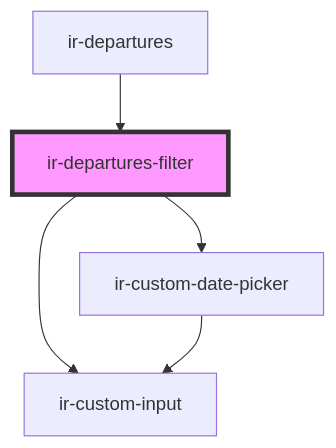
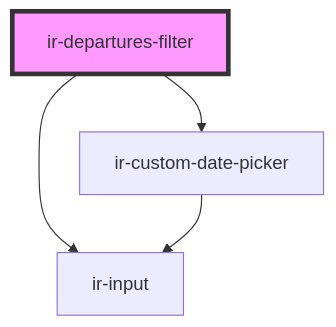
The diagram in src/components/ir-departures/ir-departures-filter/readme.md (David1Chowaifaty/modified-ir-webcmp), drawn with Mermaid before and after one commit. The commit also changed other lines of this file and 38 other files, not shown here.

````diff
--- a/src/components/ir-departures/ir-departures-filter/readme.md
+++ b/src/components/ir-departures/ir-departures-filter/readme.md
@@ -20,8 +16,7 @@
 ```mermaid
 graph TD;
   ir-departures-filter --> ir-custom-date-picker
-  ir-departures-filter --> ir-custom-input
-  ir-custom-date-picker --> ir-custom-input
-  ir-departures --> ir-departures-filter
+  ir-departures-filter --> ir-input
+  ir-custom-date-picker --> ir-input
   style ir-departures-filter fill:#f9f,stroke:#333,stroke-width:4px
 ```
````
